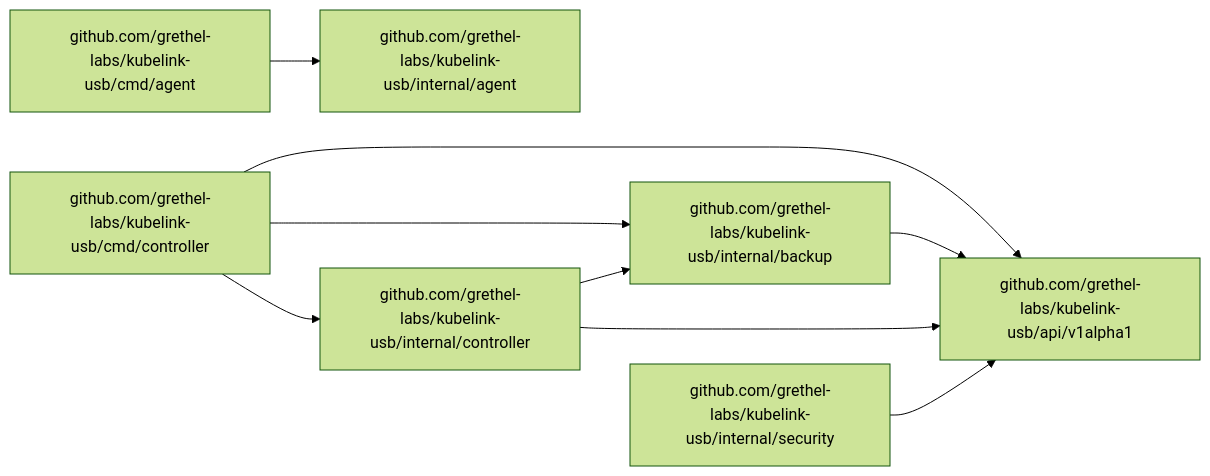
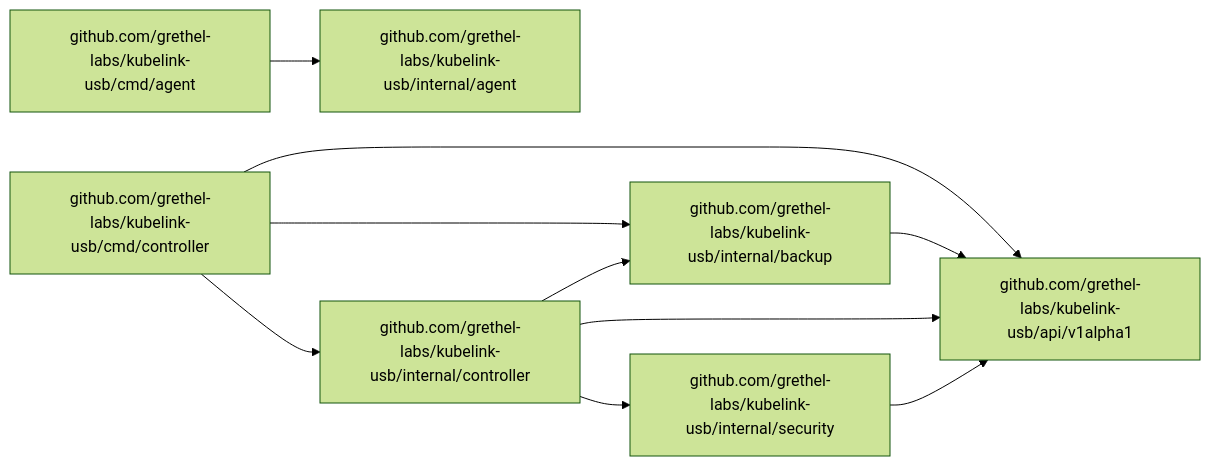
Before and after one commit to grethel-labs/kubelink-usb: the first of 3 diagrams in docs/CODE_REFERENCE.md, drawn with Mermaid (forest theme). The commit also changed 15 other files, not shown here.

````diff
--- a/docs/CODE_REFERENCE.md
+++ b/docs/CODE_REFERENCE.md
@@ -34,11 +34,12 @@
 ```mermaid
 flowchart LR
     github_com_grethel_labs_kubelink_usb_cmd_agent["github.com/grethel-labs/kubelink-usb/cmd/agent"] --> github_com_grethel_labs_kubelink_usb_internal_agent["github.com/grethel-labs/kubelink-usb/internal/agent"]
     github_com_grethel_labs_kubelink_usb_cmd_controller["github.com/grethel-labs/kubelink-usb/cmd/controller"] --> github_com_grethel_labs_kubelink_usb_api_v1alpha1["github.com/grethel-labs/kubelink-usb/api/v1alpha1"]
     github_com_grethel_labs_kubelink_usb_cmd_controller["github.com/grethel-labs/kubelink-usb/cmd/controller"] --> github_com_grethel_labs_kubelink_usb_internal_backup["github.com/grethel-labs/kubelink-usb/internal/backup"]
     github_com_grethel_labs_kubelink_usb_cmd_controller["github.com/grethel-labs/kubelink-usb/cmd/controller"] --> github_com_grethel_labs_kubelink_usb_internal_controller["github.com/grethel-labs/kubelink-usb/internal/controller"]
     github_com_grethel_labs_kubelink_usb_internal_backup["github.com/grethel-labs/kubelink-usb/internal/backup"] --> github_com_grethel_labs_kubelink_usb_api_v1alpha1["github.com/grethel-labs/kubelink-usb/api/v1alpha1"]
     github_com_grethel_labs_kubelink_usb_internal_controller["github.com/grethel-labs/kubelink-usb/internal/controller"] --> github_com_grethel_labs_kubelink_usb_api_v1alpha1["github.com/grethel-labs/kubelink-usb/api/v1alpha1"]
     github_com_grethel_labs_kubelink_usb_internal_controller["github.com/grethel-labs/kubelink-usb/internal/controller"] --> github_com_grethel_labs_kubelink_usb_internal_backup["github.com/grethel-labs/kubelink-usb/internal/backup"]
+    github_com_grethel_labs_kubelink_usb_internal_controller["github.com/grethel-labs/kubelink-usb/internal/controller"] --> github_com_grethel_labs_kubelink_usb_internal_security["github.com/grethel-labs/kubelink-usb/internal/security"]
     github_com_grethel_labs_kubelink_usb_internal_security["github.com/grethel-labs/kubelink-usb/internal/security"] --> github_com_grethel_labs_kubelink_usb_api_v1alpha1["github.com/grethel-labs/kubelink-usb/api/v1alpha1"]
 ```
````
